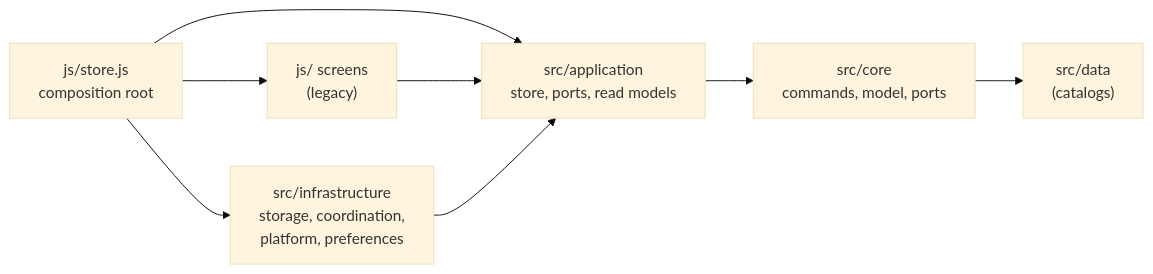
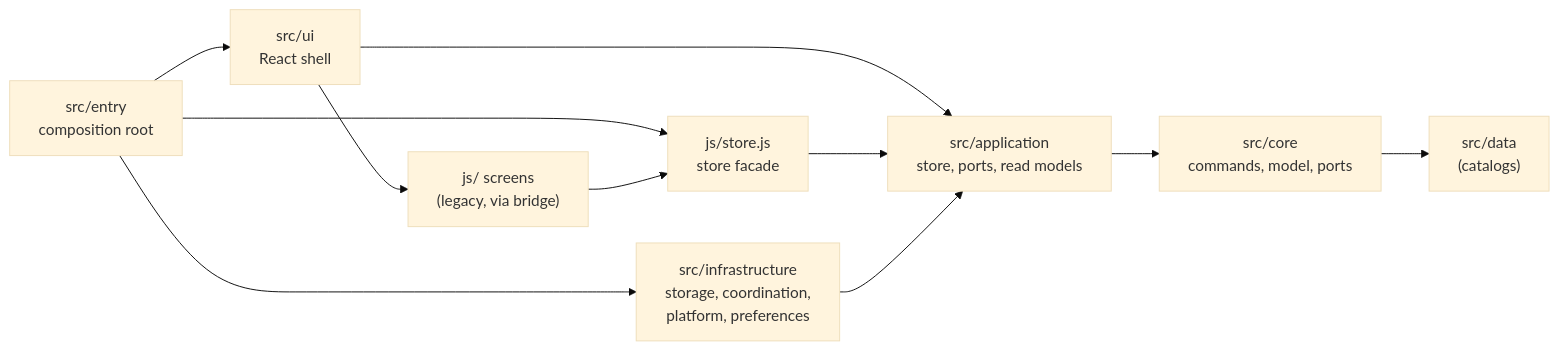
One commit to hose1021/grimoria changed the diagram in docs/architecture.md. Above: the diagram before and after it, drawn with Mermaid (base theme). The commit also changed other lines of this file and 43 other files, not shown here.

First line of the commit message:
feat(ui): mount the react shell with a legacy bridge and the native role sheet (#73)

````diff
--- a/docs/architecture.md
+++ b/docs/architecture.md
@@ -8,10 +8,13 @@
 ```mermaid
 flowchart LR
-  entry["js/store.js<br/>composition root"] --> ui["js/ screens<br/>(legacy)"]
-  entry --> app["src/application<br/>store, ports, read models"]
-  ui --> app
-  entry --> infra["src/infrastructure<br/>storage, coordination,<br/>platform, preferences"]
+  boot["src/entry<br/>composition root"] --> shell["src/ui<br/>React shell"]
+  boot --> store["js/store.js<br/>store facade"]
+  boot --> infra["src/infrastructure<br/>storage, coordination,<br/>platform, preferences"]
+  shell --> legacy["js/ screens<br/>(legacy, via bridge)"]
+  shell --> app["src/application<br/>store, ports, read models"]
+  legacy --> store
+  store --> app
   infra --> app
   app --> core["src/core<br/>commands, model, ports"]
   core --> data["src/data<br/>(catalogs)"]
 ```
````
